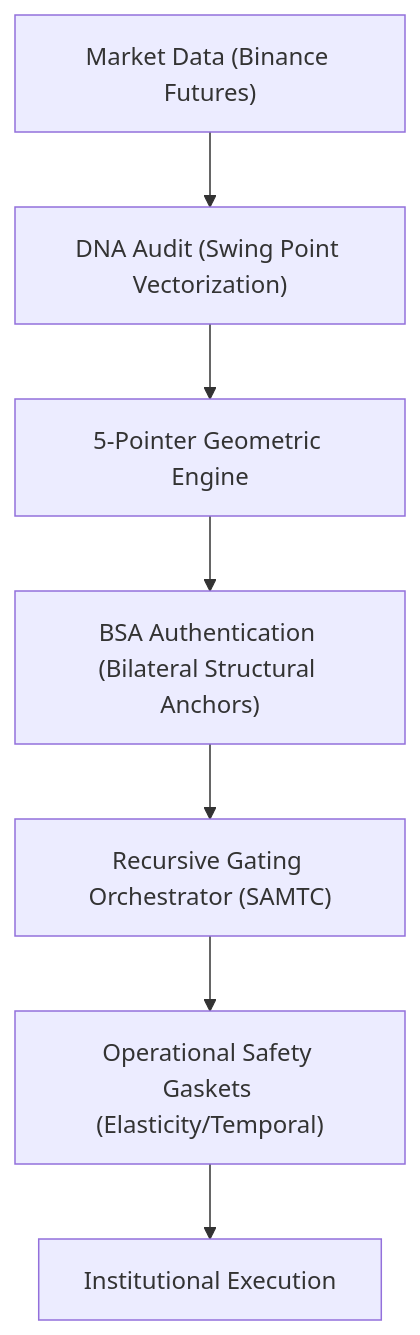
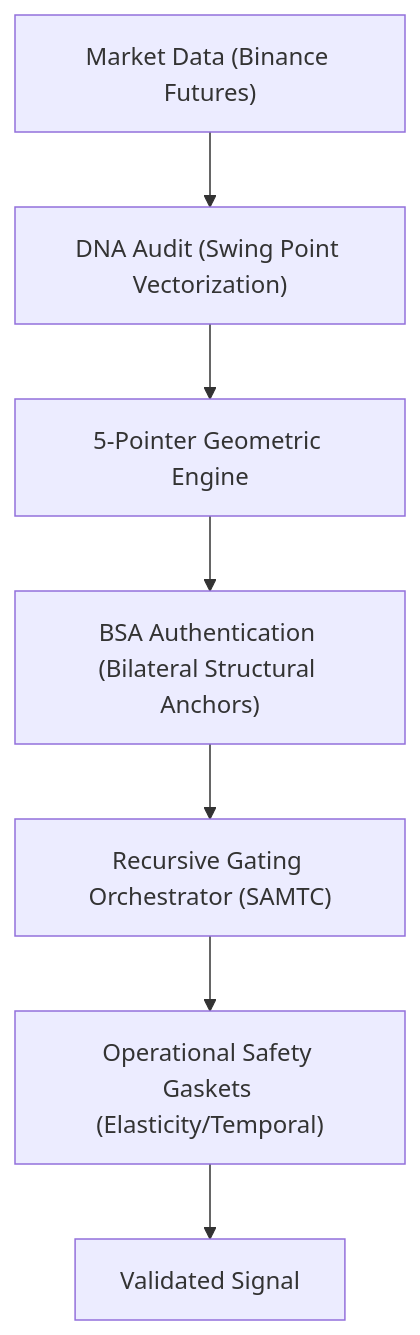
Before and after one commit to smz3/SIGMA-Crypto-ASCEND: the diagram in README.md, drawn with Mermaid.

Commit message:
docs: improve architecture diagram precision (Execution -> Validated Signal)

````diff
--- a/README.md
+++ b/README.md
@@ -12,9 +12,9 @@
 ```mermaid
 graph TD
     A["Market Data (Binance Futures)"] --> B["DNA Audit (Swing Point Vectorization)"]
     B --> C["5-Pointer Geometric Engine"]
     C --> D["BSA Authentication (Bilateral Structural Anchors)"]
     D --> E["Recursive Gating Orchestrator (SAMTC)"]
     E --> F["Operational Safety Gaskets (Elasticity/Temporal)"]
-    F --> G["Institutional Execution"]
+    F --> G["Validated Signal"]
 ```
````
